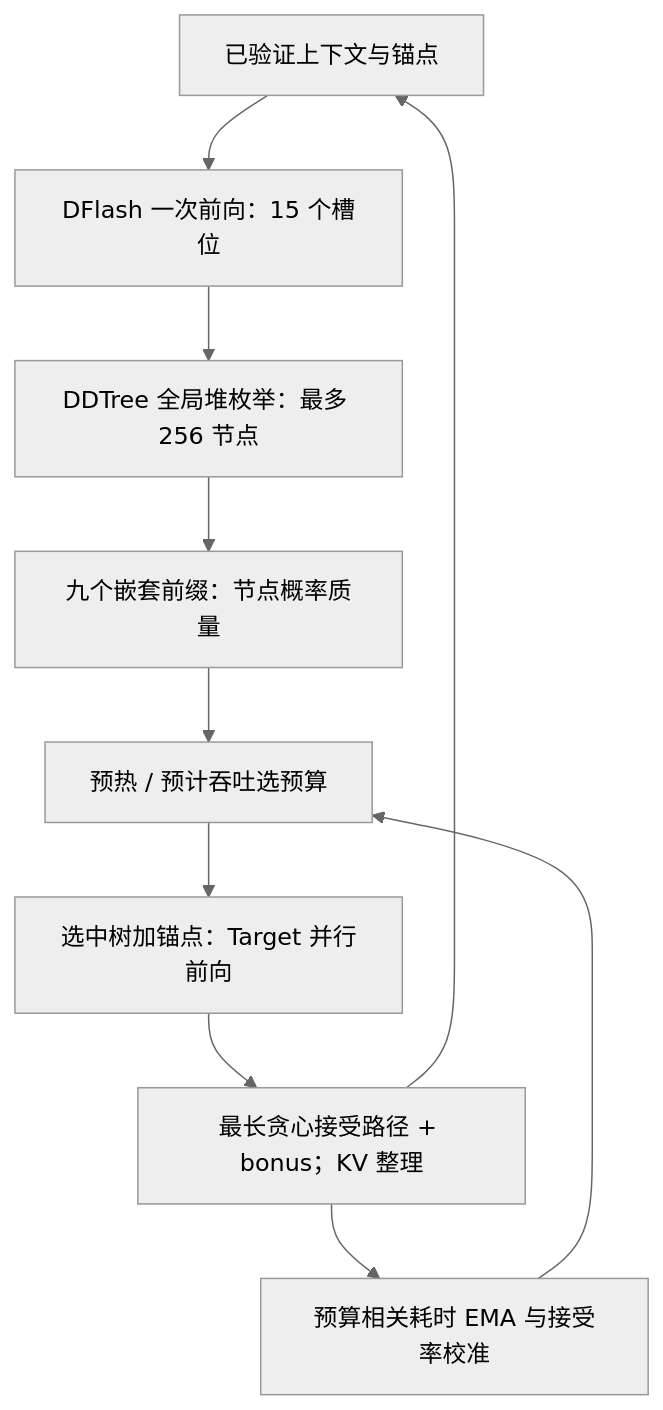
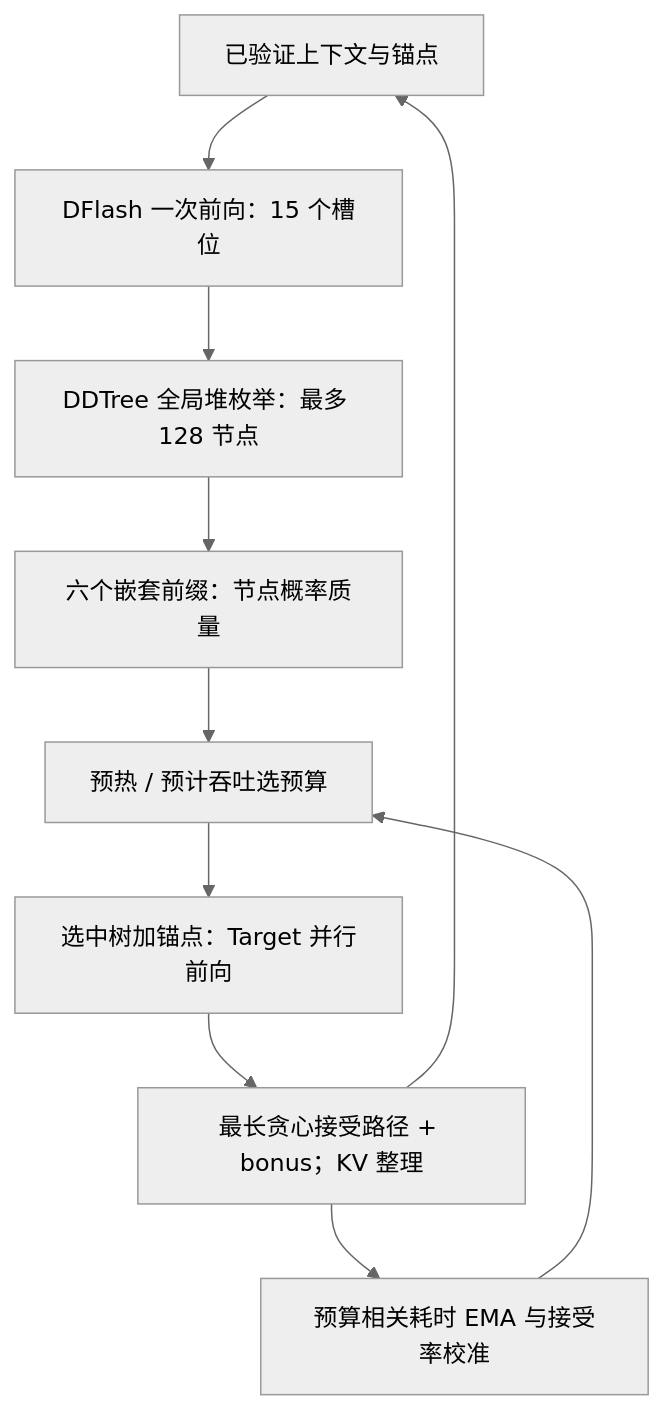
One commit to ink-polymer/speculative changed the diagram in adaptivetree_paper/docs/ADAPTIVE_DDTREE_METHOD.md. Above: the diagram before and after it, drawn with Mermaid (neutral theme). The commit also changed other lines of this file and 31 other files, not shown here.

````diff
--- a/adaptivetree_paper/docs/ADAPTIVE_DDTREE_METHOD.md
+++ b/adaptivetree_paper/docs/ADAPTIVE_DDTREE_METHOD.md
@@ -17,12 +17,12 @@
 ```mermaid
 flowchart TD
     A[已验证上下文与锚点] --> B[DFlash 一次前向：15 个槽位]
-    B --> C[DDTree 全局堆枚举：最多 256 节点]
-    C --> D[九个嵌套前缀：节点概率质量]
+    B --> C[DDTree 全局堆枚举：最多 128 节点]
+    C --> D[六个嵌套前缀：节点概率质量]
     H[预算相关耗时 EMA 与接受率校准] --> E[预热 / 预计吞吐选预算]
     D --> E
     E --> F[选中树加锚点：Target 并行前向]
     F --> G[最长贪心接受路径 + bonus；KV 整理]
     G --> H
     G --> A
 ```
````
